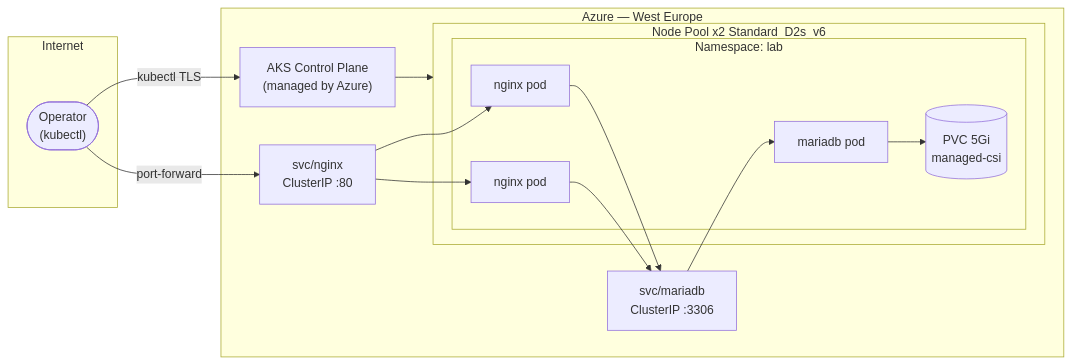
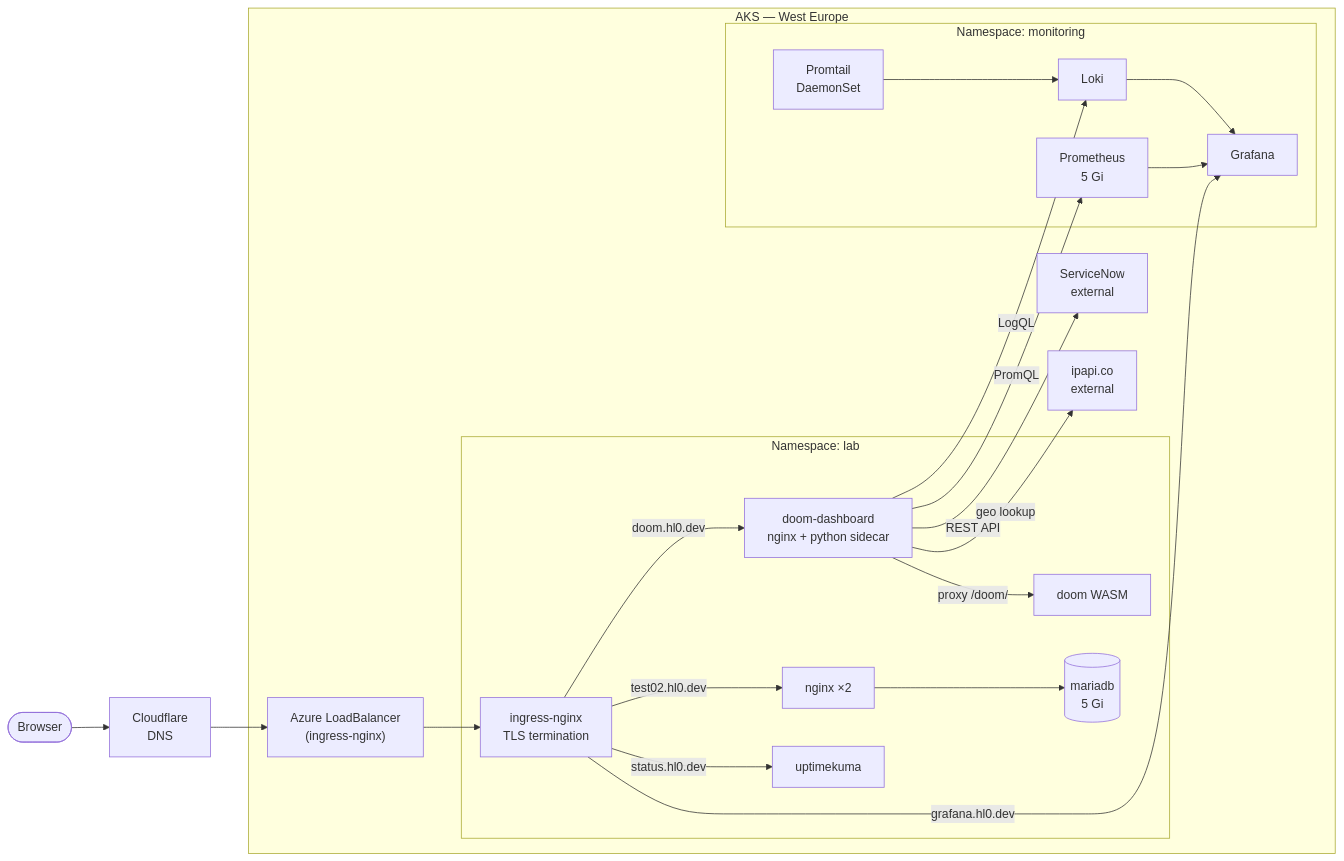
One commit to hermanl0/k8s-test02 changed the diagram in index.md. Above: the diagram before and after it, drawn with Mermaid. The commit also changed other lines of this file and 4 other files, not shown here.

````diff
--- a/index.md
+++ b/index.md
@@ -67,27 +60,29 @@
 ```mermaid
 graph LR
-    subgraph Internet
-        YOU(["Operator\n(kubectl)"])
-    end
+    Browser(["Browser"]) --> CF["Cloudflare\nDNS"]
+    CF --> LB["Azure LoadBalancer\n(ingress-nginx)"]
 
-    subgraph Azure["Azure — West Europe"]
-        API["AKS Control Plane\n(managed by Azure)"]
+    subgraph AKS["AKS — West Europe"]
+        LB --> ING["ingress-nginx\nTLS termination"]
 
-        subgraph Nodes["Node Pool x2  Standard_D2s_v6"]
-            subgraph NS["Namespace: lab"]
-                N1["nginx pod"]
-                N2["nginx pod"]
-                M["mariadb pod"]
-                PVC[("PVC 5Gi\nmanaged-csi")]
-            end
+        subgraph lab["Namespace: lab"]
+            ING -->|doom.hl0.dev| DD["doom-dashboard\nnginx + python sidecar"]
+            ING -->|test02.hl0.dev| NX["nginx ×2"]
+            ING -->|status.hl0.dev| UK["uptimekuma"]
+            DD -->|proxy /doom/| DOOM["doom WASM"]
+            NX --> MDB[("mariadb\n5 Gi")]
         end
 
-        SVC_N["svc/nginx\nClusterIP :80"]
-        SVC_M["svc/mariadb\nClusterIP :3306"]
+        subgraph monitoring["Namespace: monitoring"]
+            ING -->|grafana.hl0.dev| GF["Grafana"]
+            PROM["Prometheus\n5 Gi"] --> GF
+            LOKI["Loki"] --> GF
+            PT["Promtail\nDaemonSet"] --> LOKI
+        end
+
+        DD -->|PromQL| PROM
+        DD -->|LogQL| LOKI
+        DD -->|REST API| SNOW["ServiceNow\nexternal"]
+        DD -->|geo lookup| IPAPI["ipapi.co\nexternal"]
     end
-
-    YOU -->|"kubectl TLS"| API
-    API --> Nodes
-    N1 & N2 --> SVC_M --> M --> PVC
-    YOU -->|"port-forward"| SVC_N --> N1 & N2
 ```
````
